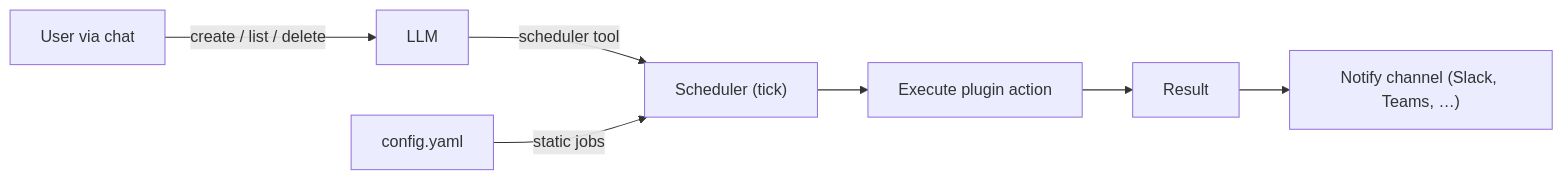
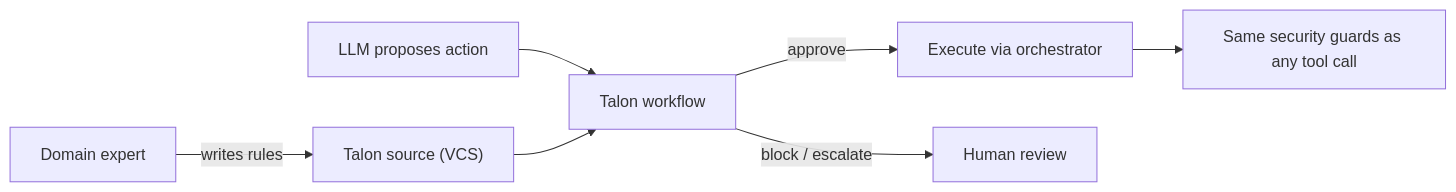
The third of 3 diagrams in README.md (opentalon/opentalon), drawn with Mermaid before and after one commit. The commit also changed other lines of this file and 10 other files, not shown here.

````diff
--- a/README.md
+++ b/README.md
@@ -483,10 +173,9 @@
 ```mermaid
 flowchart LR
-    Scheduler["Scheduler (tick)"] --> Runner["Execute plugin action"]
-    Runner --> Result["Result"]
-    Result --> Notify["Notify channel (Slack, Teams, …)"]
-    
-    User["User via chat"] -->|"create / list / delete"| LLM
-    LLM -->|"scheduler tool"| Scheduler
-    Config["config.yaml"] -->|"static jobs"| Scheduler
+    Expert["Domain expert"] -->|"writes rules"| TalonSrc["Talon source (VCS)"]
+    LLM["LLM proposes action"] --> Workflow["Talon workflow"]
+    TalonSrc --> Workflow
+    Workflow -->|"approve"| Exec["Execute via orchestrator"]
+    Workflow -->|"block / escalate"| Human["Human review"]
+    Exec --> Guards["Same security guards as any tool call"]
 ```
````
